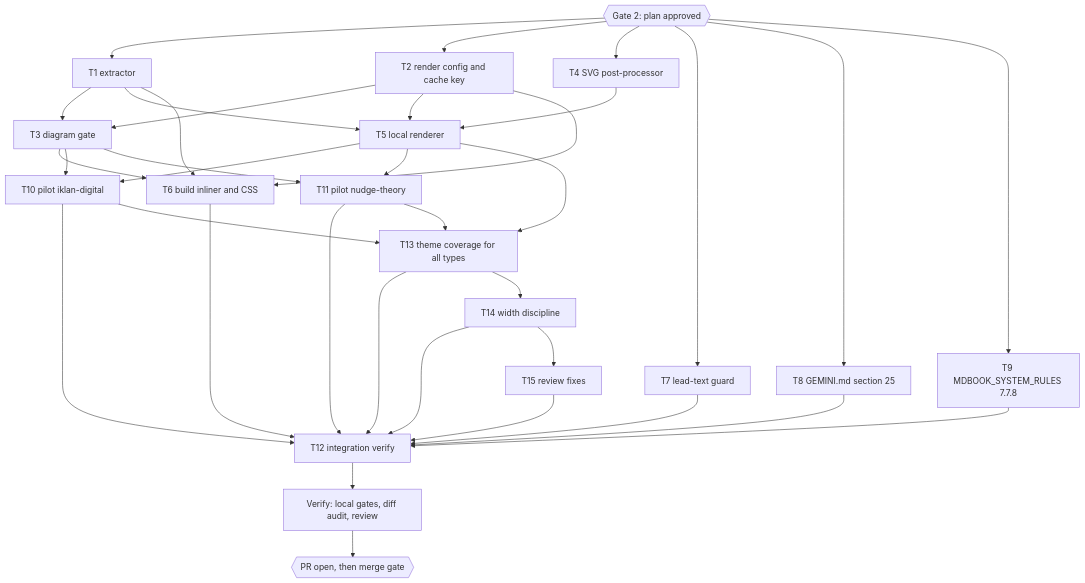
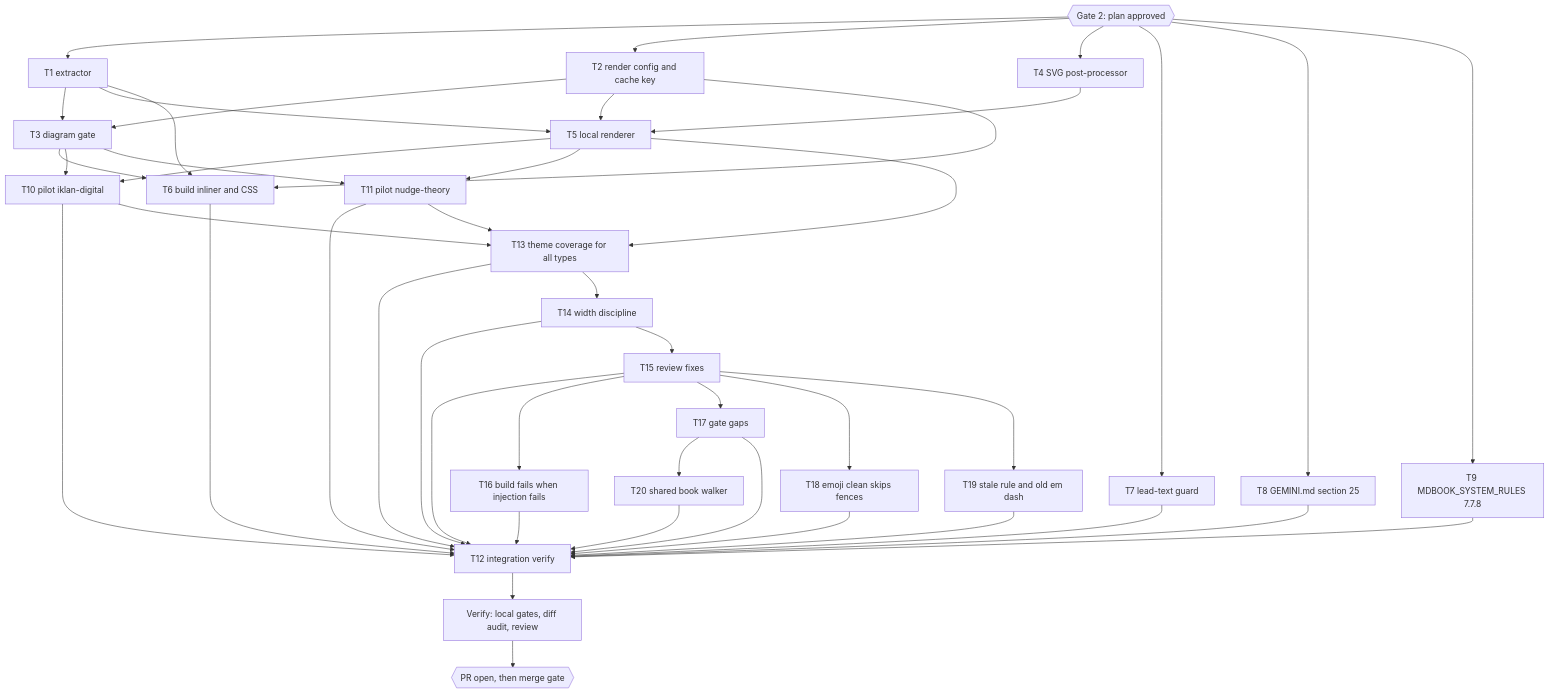
Before and after one commit to belajarcarabelajar/dawnbook: the diagram in docs/code-plan/plans/2026-10-16-dawnbook-mermaid-diagrams.md, drawn with Mermaid. The commit also changed other lines of this file, not shown here.

Commit message:
docs(diagrams): reopen plan for debt-sweep follow-ups T16-T20

````diff
--- a/docs/code-plan/plans/2026-10-16-dawnbook-mermaid-diagrams.md
+++ b/docs/code-plan/plans/2026-10-16-dawnbook-mermaid-diagrams.md
@@ -271,40 +326,50 @@
 ```mermaid
 flowchart TD
     accTitle: Task graph for build-time Mermaid diagrams
     accDescr: After plan approval, foundation tasks for extraction, cache keys, post-processing, the lead-text guard and the two rule documents run in parallel. The gate and renderer follow, then the build inliner and the two pilot books, and the integration check closes the graph before verification and the pull request.
     G2{{"Gate 2: plan approved"}}
     G2 --> T1["T1 extractor"]
     G2 --> T2["T2 render config and cache key"]
     G2 --> T4["T4 SVG post-processor"]
     G2 --> T7["T7 lead-text guard"]
     G2 --> T8["T8 GEMINI.md section 25"]
     G2 --> T9["T9 MDBOOK_SYSTEM_RULES 7.7.8"]
     T1 --> T3["T3 diagram gate"]
     T2 --> T3
     T1 --> T5["T5 local renderer"]
     T2 --> T5
     T4 --> T5
     T1 --> T6["T6 build inliner and CSS"]
     T2 --> T6
     T3 --> T6
     T3 --> T10["T10 pilot iklan-digital"]
     T5 --> T10
     T3 --> T11["T11 pilot nudge-theory"]
     T5 --> T11
     T6 --> T12["T12 integration verify"]
     T7 --> T12
     T8 --> T12
     T9 --> T12
     T10 --> T12
     T11 --> T12
     T5 --> T13["T13 theme coverage for all types"]
     T10 --> T13
     T11 --> T13
     T13 --> T12
     T13 --> T14["T14 width discipline"]
     T14 --> T12
     T14 --> T15["T15 review fixes"]
     T15 --> T12
+    T15 --> T16["T16 build fails when injection fails"]
+    T15 --> T17["T17 gate gaps"]
+    T15 --> T18["T18 emoji clean skips fences"]
+    T15 --> T19["T19 stale rule and old em dash"]
+    T17 --> T20["T20 shared book walker"]
+    T16 --> T12
+    T17 --> T12
+    T18 --> T12
+    T19 --> T12
+    T20 --> T12
     T12 --> V["Verify: local gates, diff audit, review"]
     V --> PR{{"PR open, then merge gate"}}
 ```
````
